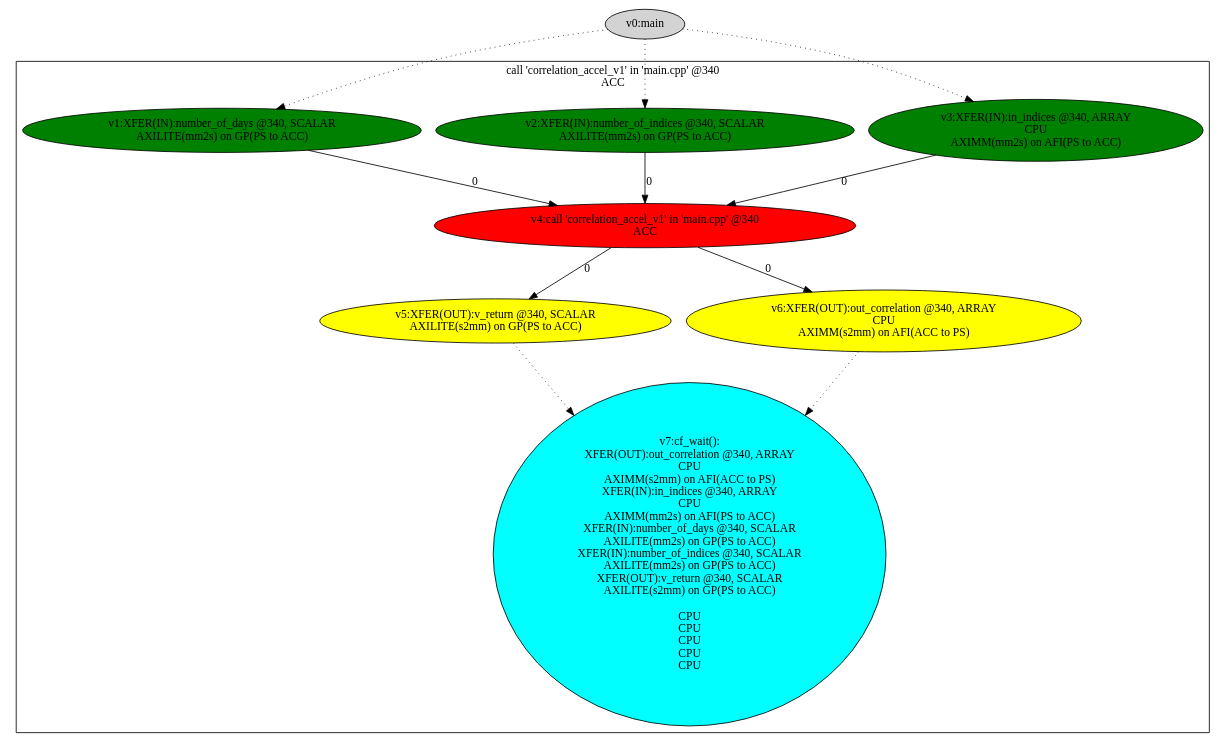
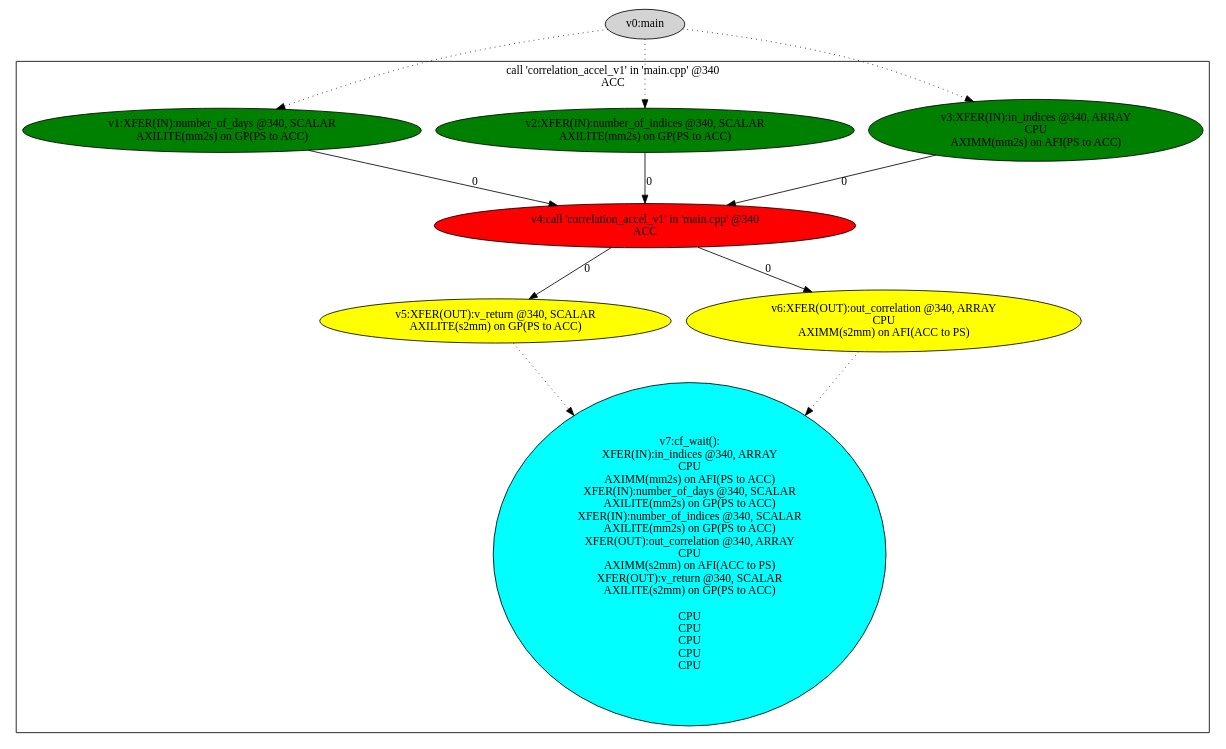
The diagram in workspace/correlation_ver1/correlation_ver1_linux/SDRelease/_sds/.llvm/_p0_dtg.dot (nguyencanhtrung/SDSoC), drawn with Graphviz before and after one commit. The commit also changed 26 other files, not shown here.

```diff
--- a/workspace/correlation_ver1/correlation_ver1_linux/SDRelease/_sds/.llvm/_p0_dtg.dot
+++ b/workspace/correlation_ver1/correlation_ver1_linux/SDRelease/_sds/.llvm/_p0_dtg.dot
@@ -1,30 +1,30 @@
 digraph dm_graph {
 v0 [label = "v0:main" ,style=filled];
 v1 [label = "v1:XFER(IN):number_of_days @340, SCALAR\nAXILITE(mm2s) on GP(PS to ACC)\n" ,style=filled,fillcolor = green];
 v2 [label = "v2:XFER(IN):number_of_indices @340, SCALAR\nAXILITE(mm2s) on GP(PS to ACC)\n" ,style=filled,fillcolor = green];
 v3 [label = "v3:XFER(IN):in_indices @340, ARRAY\nCPU\nAXIMM(mm2s) on AFI(PS to ACC)\n" ,style=filled,fillcolor = green];
 v4 [label = "v4:call 'correlation_accel_v1' in 'main.cpp' @340\nACC\n" ,style=filled,fillcolor = red];
 v5 [label = "v5:XFER(OUT):v_return @340, SCALAR\nAXILITE(s2mm) on GP(PS to ACC)\n" ,style=filled,fillcolor = yellow];
 v6 [label = "v6:XFER(OUT):out_correlation @340, ARRAY\nCPU\nAXIMM(s2mm) on AFI(ACC to PS)\n" ,style=filled,fillcolor = yellow];
-v7 [label = "v7:cf_wait(): \nXFER(OUT):out_correlation @340, ARRAY\nCPU\nAXIMM(s2mm) on AFI(ACC to PS)\nXFER(IN):in_indices @340, ARRAY\nCPU\nAXIMM(mm2s) on AFI(PS to ACC)\nXFER(IN):number_of_days @340, SCALAR\nAXILITE(mm2s) on GP(PS to ACC)\nXFER(IN):number_of_indices @340, SCALAR\nAXILITE(mm2s) on GP(PS to ACC)\nXFER(OUT):v_return @340, SCALAR\nAXILITE(s2mm) on GP(PS to ACC)\n\nCPU\nCPU\nCPU\nCPU\nCPU\n" ,style=filled,fillcolor = cyan];
+v7 [label = "v7:cf_wait(): \nXFER(IN):in_indices @340, ARRAY\nCPU\nAXIMM(mm2s) on AFI(PS to ACC)\nXFER(IN):number_of_days @340, SCALAR\nAXILITE(mm2s) on GP(PS to ACC)\nXFER(IN):number_of_indices @340, SCALAR\nAXILITE(mm2s) on GP(PS to ACC)\nXFER(OUT):out_correlation @340, ARRAY\nCPU\nAXIMM(s2mm) on AFI(ACC to PS)\nXFER(OUT):v_return @340, SCALAR\nAXILITE(s2mm) on GP(PS to ACC)\n\nCPU\nCPU\nCPU\nCPU\nCPU\n" ,style=filled,fillcolor = cyan];
 subgraph cluster0 {
 v1;
 v2;
 v3;
 v4;
 v5;
 v6;
 v7;
 label = "call 'correlation_accel_v1' in 'main.cpp' @340\nACC\n";
 }
 v1 -> v4 [label = "0"];
 v2 -> v4 [label = "0"];
 v3 -> v4 [label = "0"];
 v4 -> v5 [label = "0"];
 v4 -> v6 [label = "0"];
 v5 -> v7 [label = "", style = dotted];
 v6 -> v7 [label = "", style = dotted];
 v0 -> v1 [label = "", style = dotted];
 v0 -> v2 [label = "", style = dotted];
 v0 -> v3 [label = "", style = dotted];
 }
```
